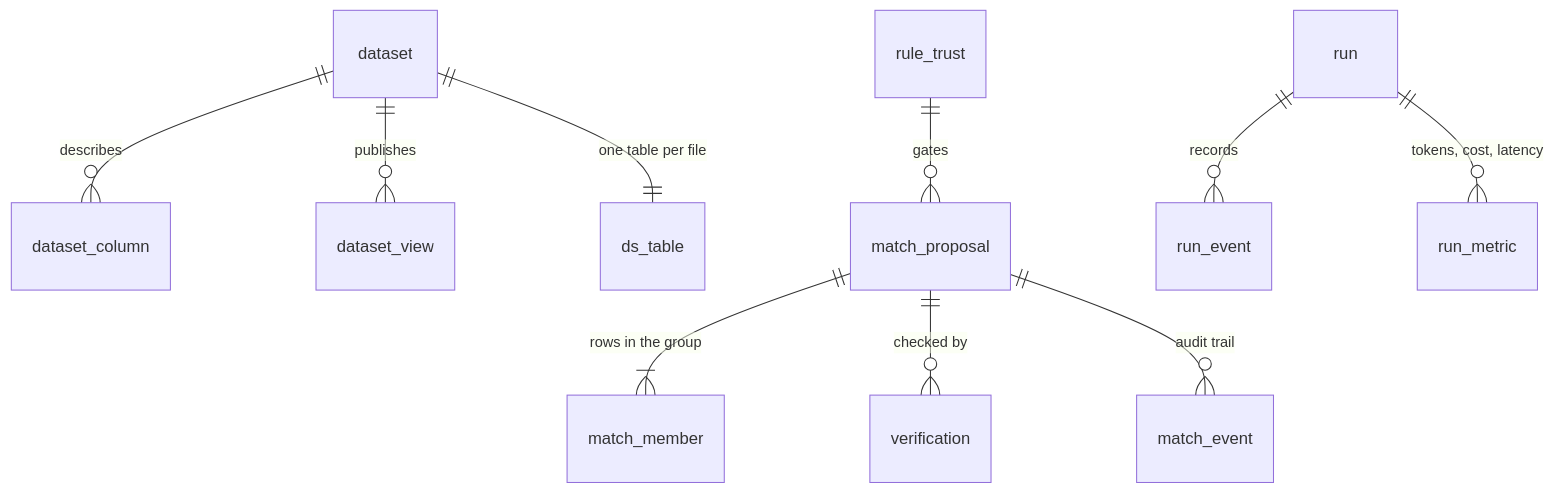
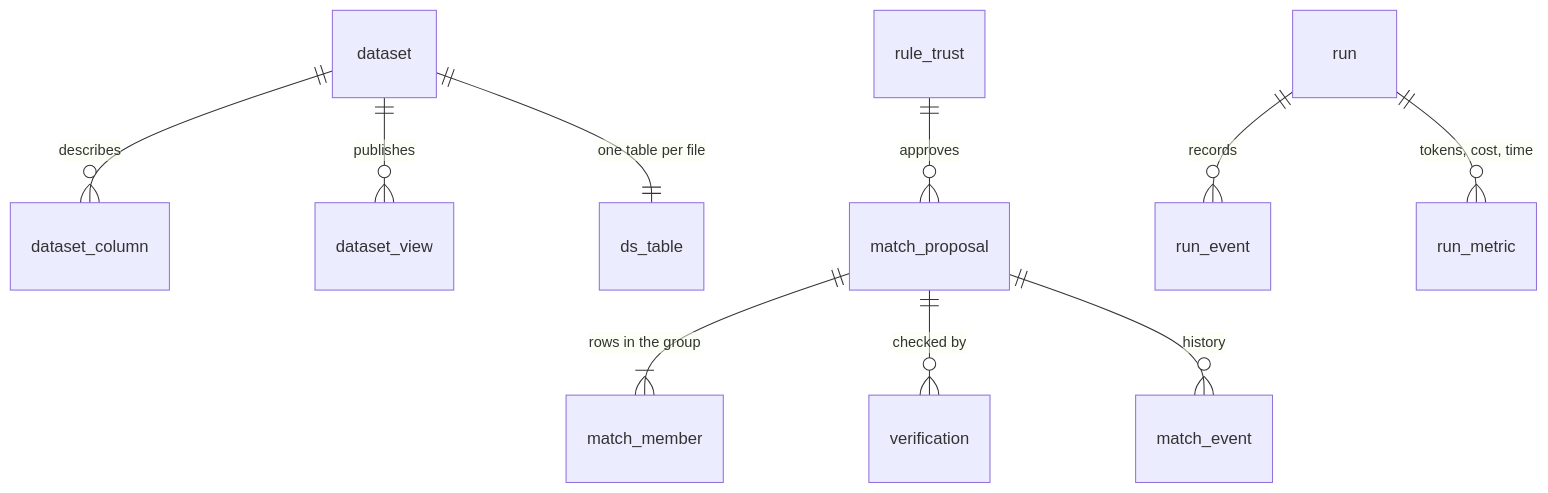
Before and after one commit to Gous0786/LedgerLine: the third of 3 diagrams in docs/ARCHITECTURE.md, drawn with Mermaid. The commit also changed other lines of this file and 5 other files, not shown here.

````diff
--- a/docs/ARCHITECTURE.md
+++ b/docs/ARCHITECTURE.md
@@ -120,12 +130,12 @@
 ```mermaid
 erDiagram
     dataset ||--o{ dataset_column : describes
     dataset ||--o{ dataset_view : publishes
     dataset ||--|| ds_table : "one table per file"
     match_proposal ||--|{ match_member : "rows in the group"
     match_proposal ||--o{ verification : "checked by"
-    match_proposal ||--o{ match_event : "audit trail"
+    match_proposal ||--o{ match_event : "history"
     run ||--o{ run_event : records
-    run ||--o{ run_metric : "tokens, cost, latency"
-    rule_trust ||--o{ match_proposal : gates
+    run ||--o{ run_metric : "tokens, cost, time"
+    rule_trust ||--o{ match_proposal : approves
 ```
````
